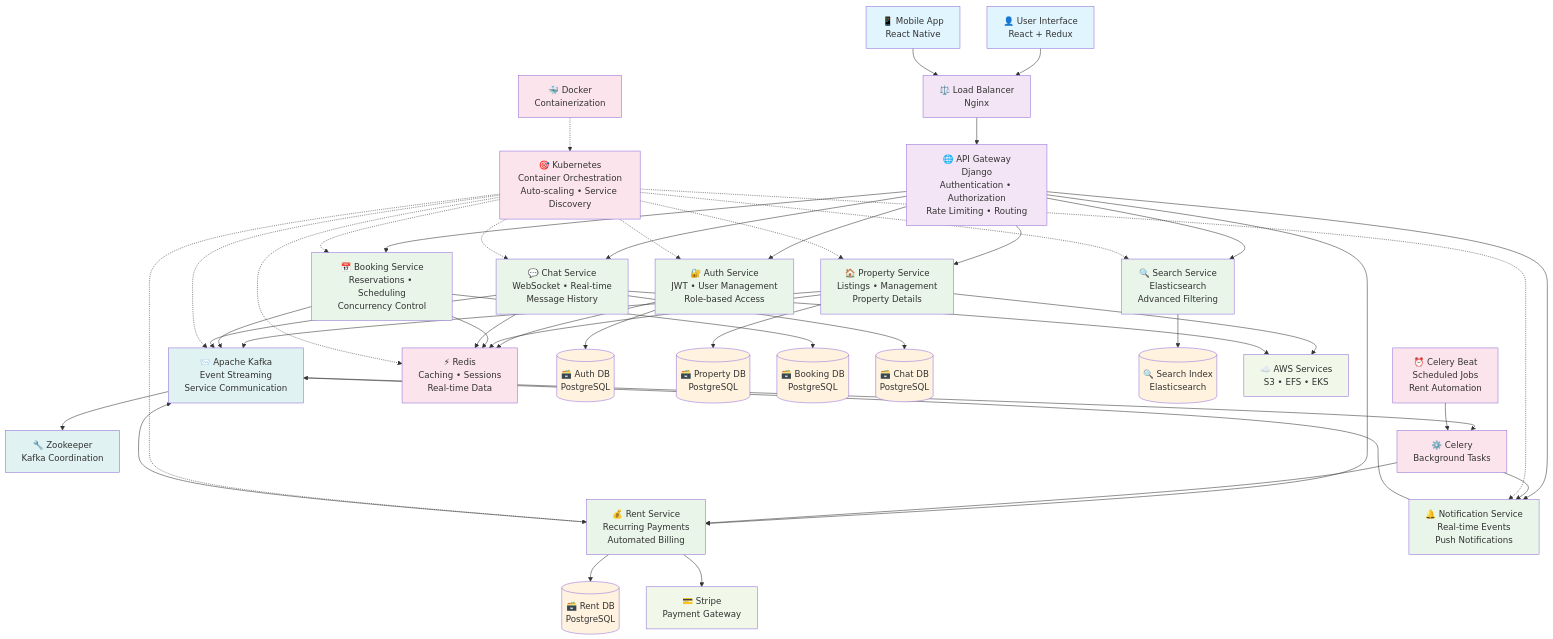
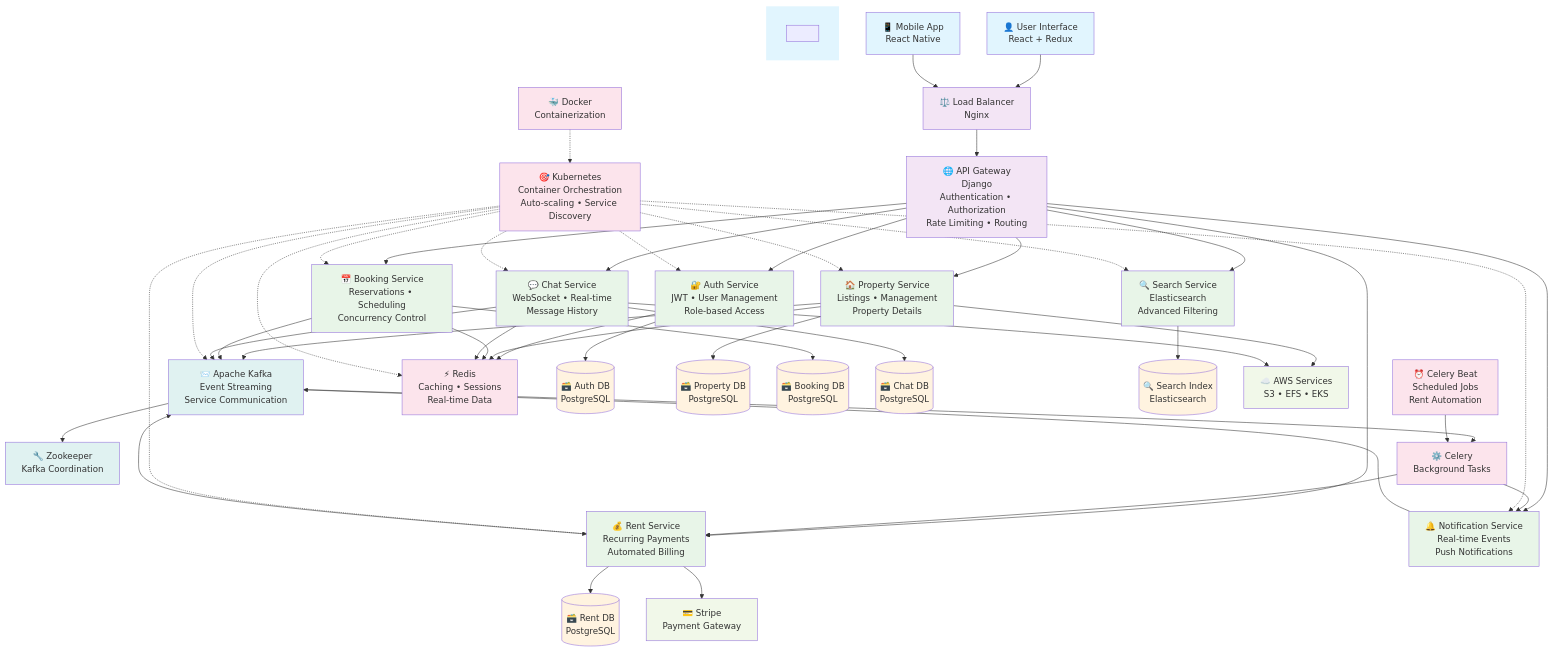
One commit to AdilAbubacker/rentezy_backend changed the diagram in README.md. Above: the diagram before and after it, drawn with Mermaid.

````diff
--- a/README.md
+++ b/README.md
@@ -28,14 +28,12 @@
 ```mermaid
-%%{init: {
-  "theme": "base",
-  "themeVariables": {
-    "diagramBackground": "#e1f5fe",   // canvas/background
-    "background": "transparent",      // optional
-    "lineColor": "#90caf9",          // optional: edge color
-    "textColor": "#263238"           // optional: text color
-  }
-}}%%
+
 graph TB
+    subgraph BG[ ]
+      style BG fill:#e1f5fe,stroke:none
+      __bg[ ] 
+    end
+  
+    classDef foreground stroke:#333,fill:#fff;
     %% User Layer
     User[👤 User Interface<br/>React + Redux]
     Mobile[📱 Mobile App<br/>React Native]
````
